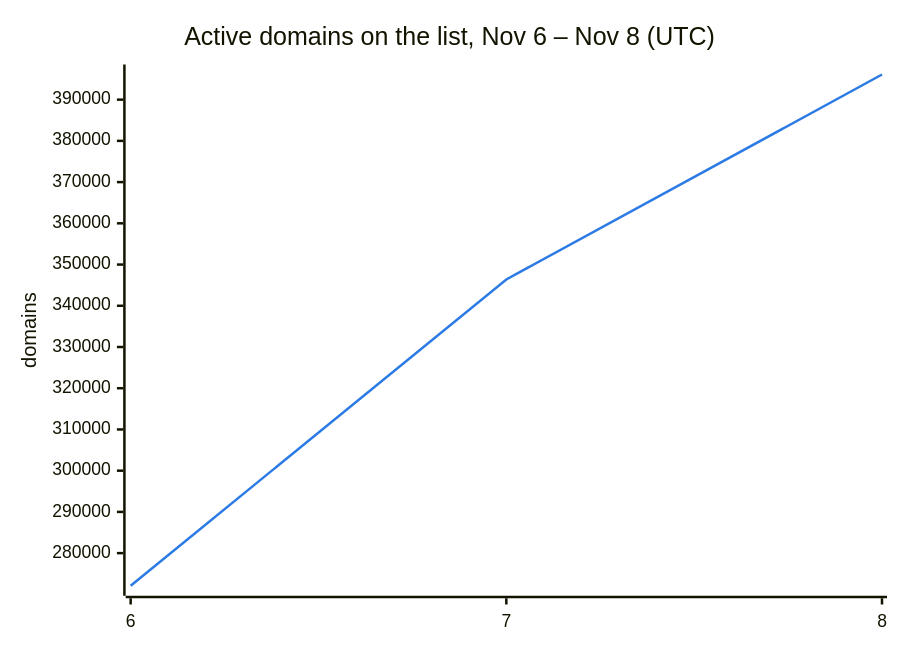
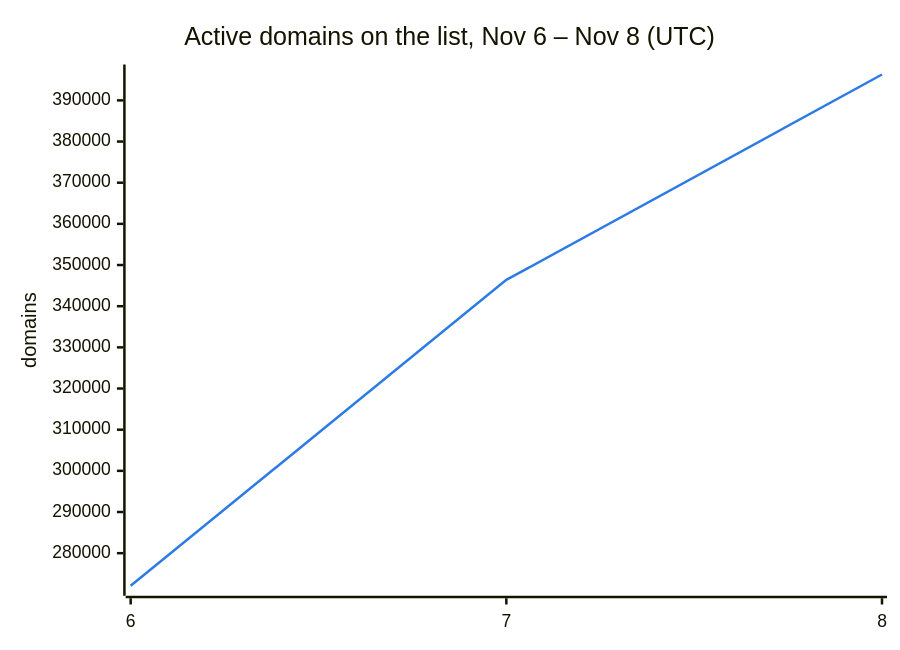
Before and after one commit to DNSBunker/CTI: the second of 3 diagrams in README.md, drawn with Mermaid. The commit also changed other lines of this file and 3 other files, not shown here.

````diff
--- a/README.md
+++ b/README.md
@@ -38,8 +38,8 @@
 ```mermaid
 %%{init: {"themeVariables": {"xyChart": {"plotColorPalette": "#2c7be5"}}}}%%
 xychart-beta
     title "Active domains on the list, Nov 6 – Nov 8 (UTC)"
     x-axis ["6", "7", "8"]
     y-axis "domains"
-    line [272088, 346388, 396099]
+    line [272088, 346388, 396286]
 ```
````
